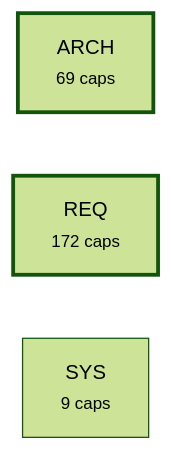
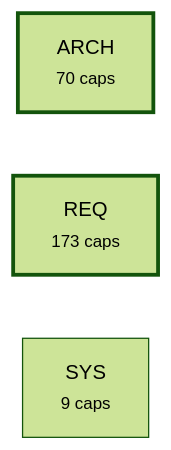
The fourth of 5 diagrams in plugin/requirements/_map.md (alxmax/Requirement-manager), drawn with Mermaid (forest theme) before and after one commit. The commit also changed other lines of this file and 14 other files, not shown here.

````diff
--- a/plugin/requirements/_map.md
+++ b/plugin/requirements/_map.md
@@ -976,8 +987,8 @@
 ```mermaid
 graph LR
-  a_ARCH["ARCH<br><small>69 caps</small>"]
-  a_REQ["REQ<br><small>172 caps</small>"]
+  a_ARCH["ARCH<br><small>70 caps</small>"]
+  a_REQ["REQ<br><small>173 caps</small>"]
   a_SYS["SYS<br><small>9 caps</small>"]
   style a_ARCH stroke-width:3px
   style a_REQ stroke-width:3px
 ```
````
